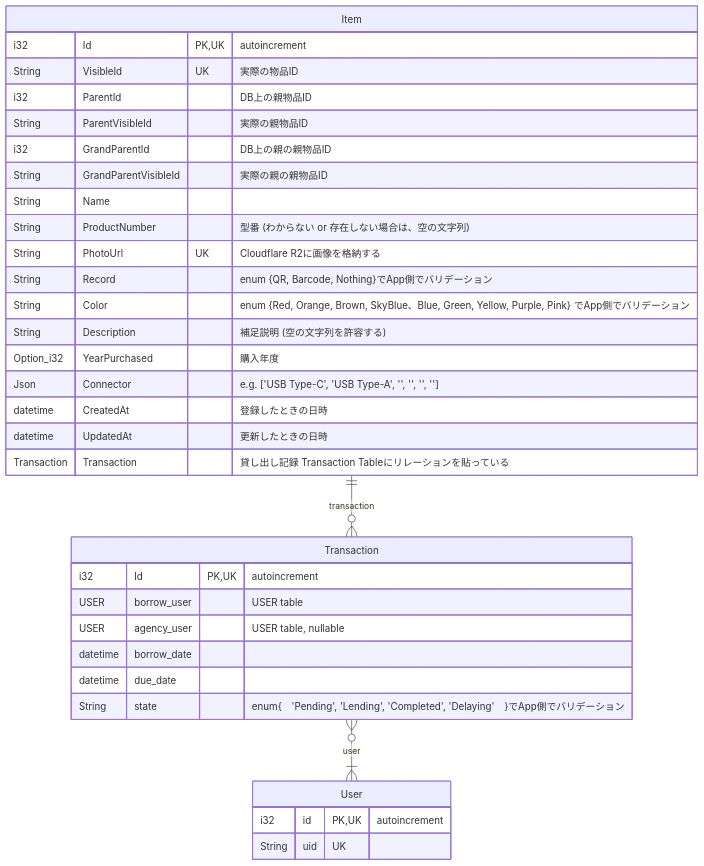
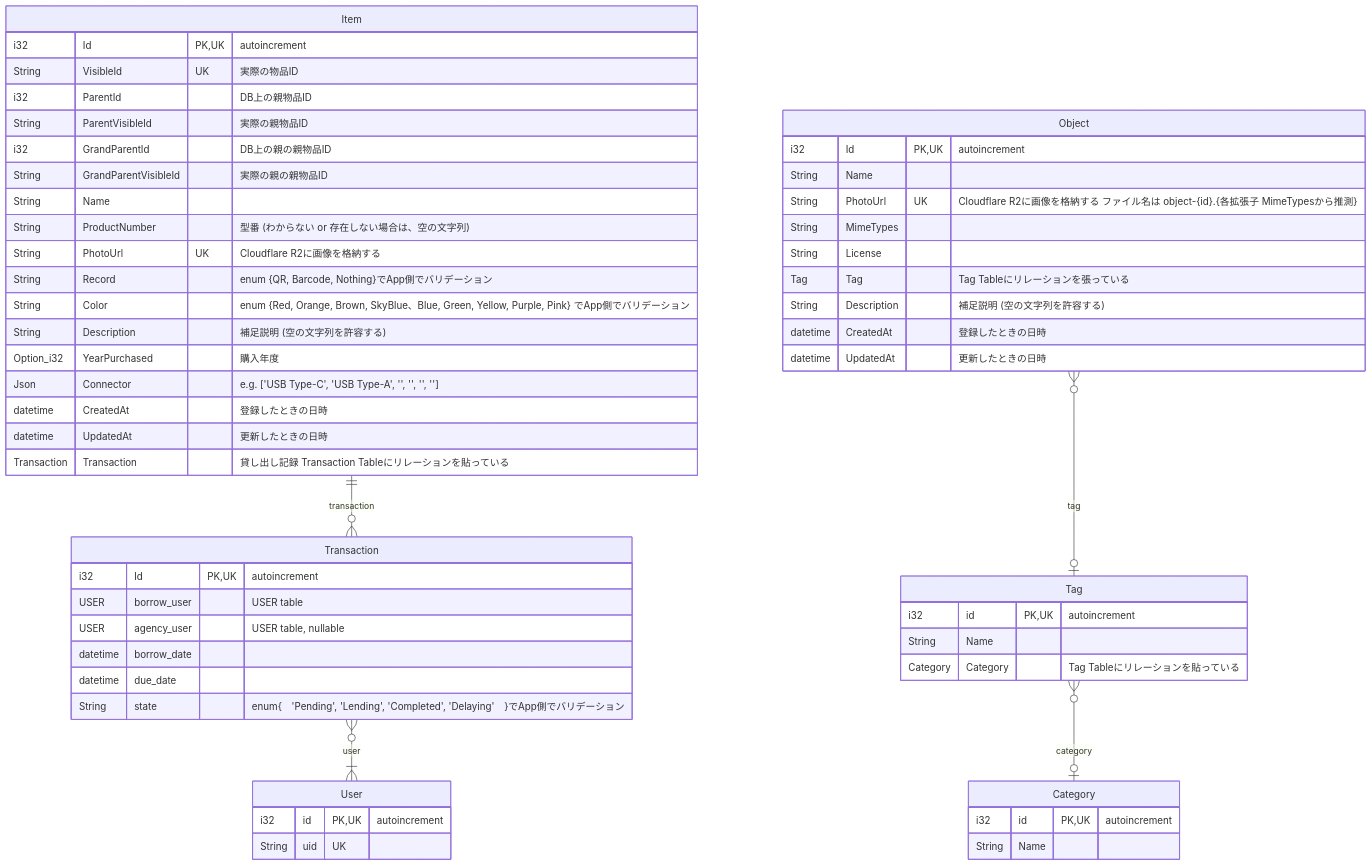
The second of 2 diagrams in README.md (Myxogastria0808/DashiShoyu), drawn with Mermaid before and after one commit. The commit also changed other lines of this file and 1 other file, not shown here.

````diff
--- a/README.md
+++ b/README.md
@@ -209,38 +234,63 @@
 ```mermaid
 erDiagram
     Item ||--o{ Transaction : transaction
     Transaction }o--|{ User : user
     Item {
         i32 Id PK, UK "autoincrement"
         String VisibleId UK "実際の物品ID"
         i32 ParentId "DB上の親物品ID"
         String ParentVisibleId "実際の親物品ID"
         i32 GrandParentId "DB上の親の親物品ID"
         String GrandParentVisibleId "実際の親の親物品ID"
         String Name
         String ProductNumber "型番 (わからない or 存在しない場合は、空の文字列)"
         String PhotoUrl UK "Cloudflare R2に画像を格納する"
         String Record "enum {QR, Barcode, Nothing}でApp側でバリデーション"
         String Color "enum {Red, Orange, Brown, SkyBlue、Blue, Green, Yellow, Purple, Pink} でApp側でバリデーション"
         String Description　"補足説明 (空の文字列を許容する)"
         Option_i32 YearPurchased "購入年度"
         Json Connector　"e.g. ['USB Type-C', 'USB Type-A', '', '', '', '']"
         datetime CreatedAt "登録したときの日時"
         datetime UpdatedAt "更新したときの日時"
         Transaction Transaction "貸し出し記録 Transaction Tableにリレーションを貼っている"
     }
 
     Transaction {
         i32 Id PK, UK "autoincrement"
         USER borrow_user "USER table"
         USER agency_user "USER table, nullable"
         datetime borrow_date
         datetime due_date
         String state "enum{　'Pending', 'Lending', 'Completed', 'Delaying'　}でApp側でバリデーション"
     }
 
     User {
         i32 id PK, UK "autoincrement"
         String uid UK
     }
+
+    Object }o--o| Tag : tag
+    Tag }o--o| Category : category
+    Object {
+        i32 Id PK, UK "autoincrement"
+        String Name
+        String PhotoUrl UK "Cloudflare R2に画像を格納する ファイル名は object-{id}.{各拡張子 MimeTypesから推測}"
+        String MimeTypes
+        String License
+        Tag Tag "Tag Tableにリレーションを張っている"
+        String Description "補足説明 (空の文字列を許容する)"
+        datetime CreatedAt "登録したときの日時"
+        datetime UpdatedAt "更新したときの日時"
+    }
+
+    Tag {
+        i32 id PK, UK "autoincrement"
+        String Name
+        Category Category "Tag Tableにリレーションを貼っている"
+    }
+
+    Category {
+        i32 id PK, UK "autoincrement"
+        String Name
+    }
 ```
````
